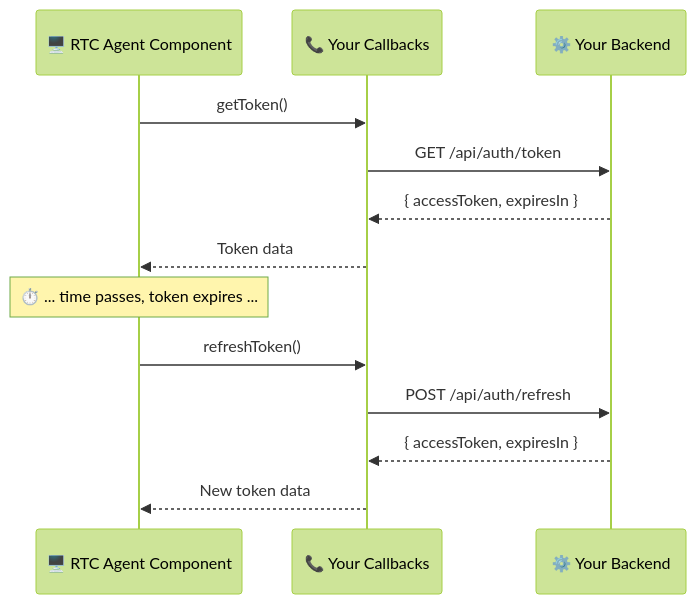
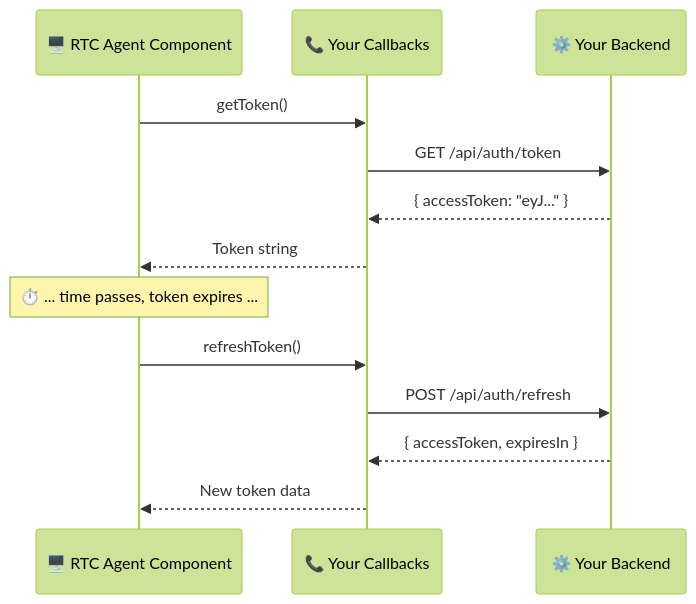
Before and after one commit to rtc-agent/docs: the tenth of 12 diagrams in src/content/docs/en/integration/auth.md, drawn with Mermaid (forest theme). The commit also changed other lines of this file and 9 other files, not shown here.

````diff
--- a/src/content/docs/en/integration/auth.md
+++ b/src/content/docs/en/integration/auth.md
@@ -332,18 +333,18 @@
 ```mermaid
 sequenceDiagram
     participant Comp as 🖥️ RTC Agent Component
     participant CB as 📞 Your Callbacks
     participant BE as ⚙️ Your Backend
 
     Comp->>CB: getToken()
     CB->>BE: GET /api/auth/token
-    BE-->>CB: { accessToken, expiresIn }
-    CB-->>Comp: Token data
+    BE-->>CB: { accessToken: "eyJ..." }
+    CB-->>Comp: Token string
 
     Note over Comp: ⏱️ ... time passes, token expires ...
 
     Comp->>CB: refreshToken()
     CB->>BE: POST /api/auth/refresh
     BE-->>CB: { accessToken, expiresIn }
     CB-->>Comp: New token data
 ```
````
